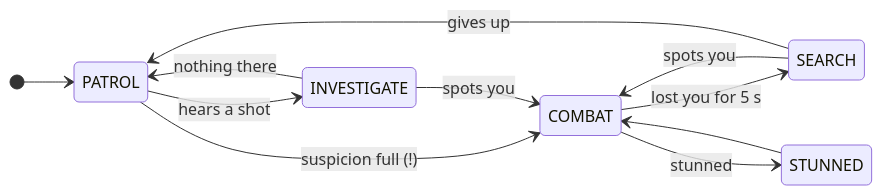
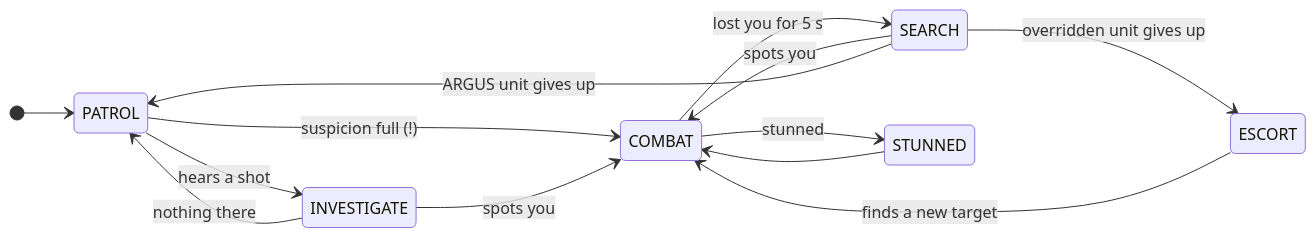
The third of 5 diagrams in README.md (mhirez/brain-room), drawn with Mermaid before and after one commit. The commit also changed other lines of this file and 6 other files, not shown here.

Commit message:
Fix overridden robots losing targets and reserving ARGUS attack slots

````diff
--- a/README.md
+++ b/README.md
@@ -141,14 +141,16 @@
 ```mermaid
 stateDiagram-v2
     direction LR
     [*] --> PATROL
     PATROL --> INVESTIGATE: hears a shot
     INVESTIGATE --> PATROL: nothing there
     PATROL --> COMBAT: suspicion full (!)
     INVESTIGATE --> COMBAT: spots you
     COMBAT --> SEARCH: lost you for 5 s
     SEARCH --> COMBAT: spots you
-    SEARCH --> PATROL: gives up
+    SEARCH --> PATROL: ARGUS unit gives up
+    SEARCH --> ESCORT: overridden unit gives up
+    ESCORT --> COMBAT: finds a new target
     COMBAT --> STUNNED: stunned
     STUNNED --> COMBAT
 ```
````
